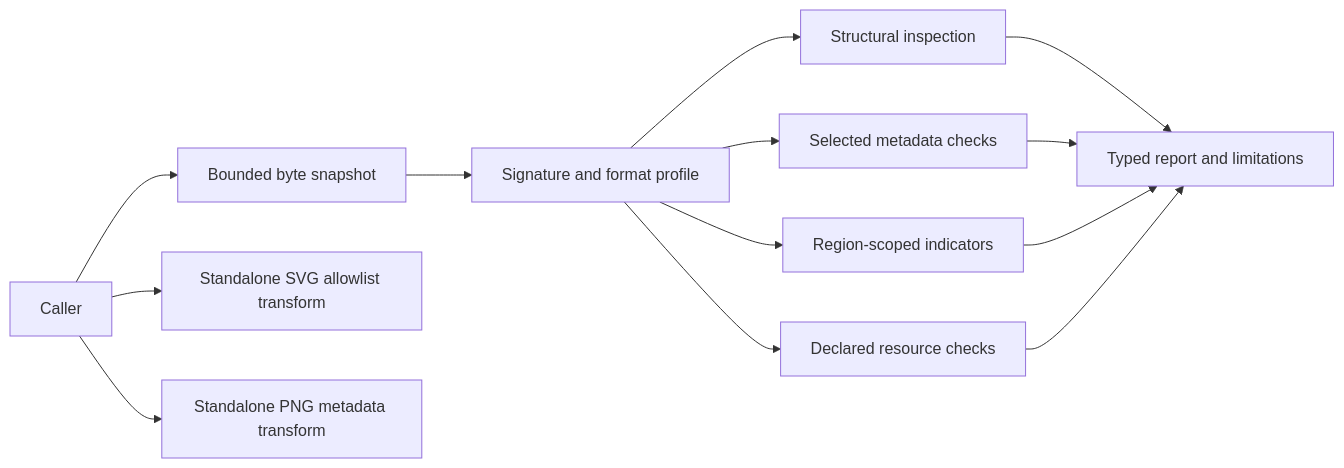
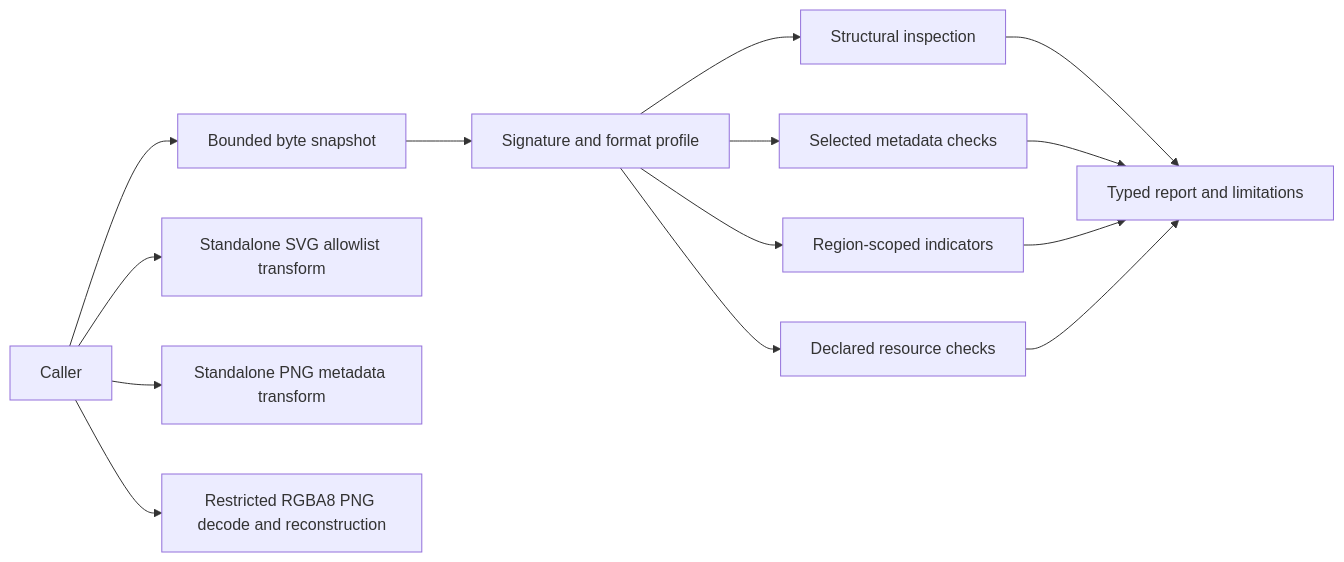
Before and after one commit to dmarsal90/pixwarden: the diagram in docs/architecture.md, drawn with Mermaid. The commit also changed 27 other files, not shown here.

Commit message:
Add restricted PNG RGBA8 raster sanitizer (#55)

````diff
--- a/docs/architecture.md
+++ b/docs/architecture.md
@@ -3,15 +3,16 @@
 ```mermaid
 flowchart LR
   Caller --> Snapshot[Bounded byte snapshot]
   Snapshot --> Identify[Signature and format profile]
   Identify --> Structure[Structural inspection]
   Identify --> Metadata[Selected metadata checks]
   Identify --> Binary[Region-scoped indicators]
   Identify --> Resources[Declared resource checks]
   Structure --> Report[Typed report and limitations]
   Metadata --> Report
   Binary --> Report
   Resources --> Report
   Caller --> SVG[Standalone SVG allowlist transform]
   Caller --> PNG[Standalone PNG metadata transform]
+  Caller --> Raster[Restricted RGBA8 PNG decode and reconstruction]
 ```
````
